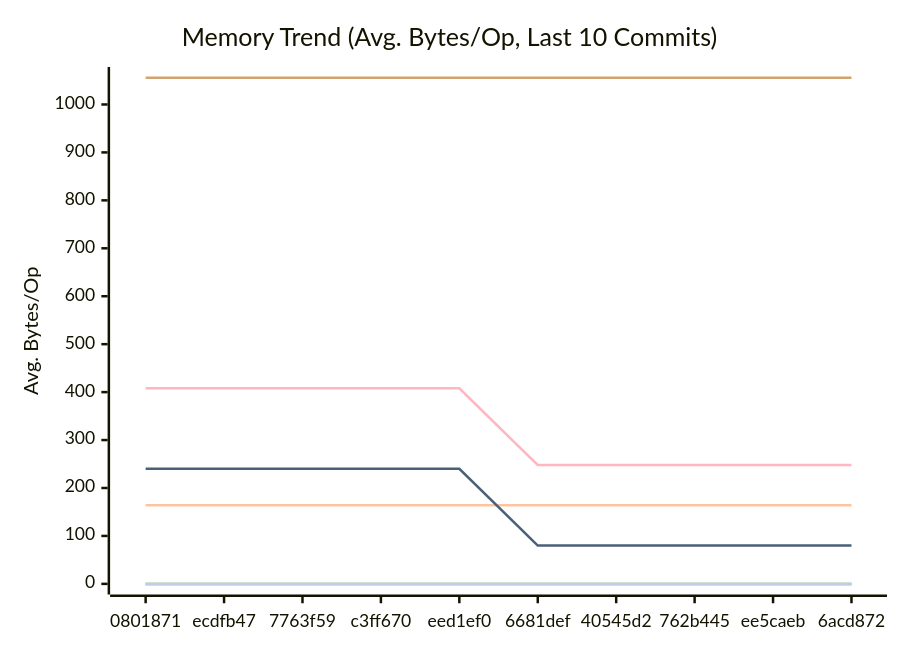
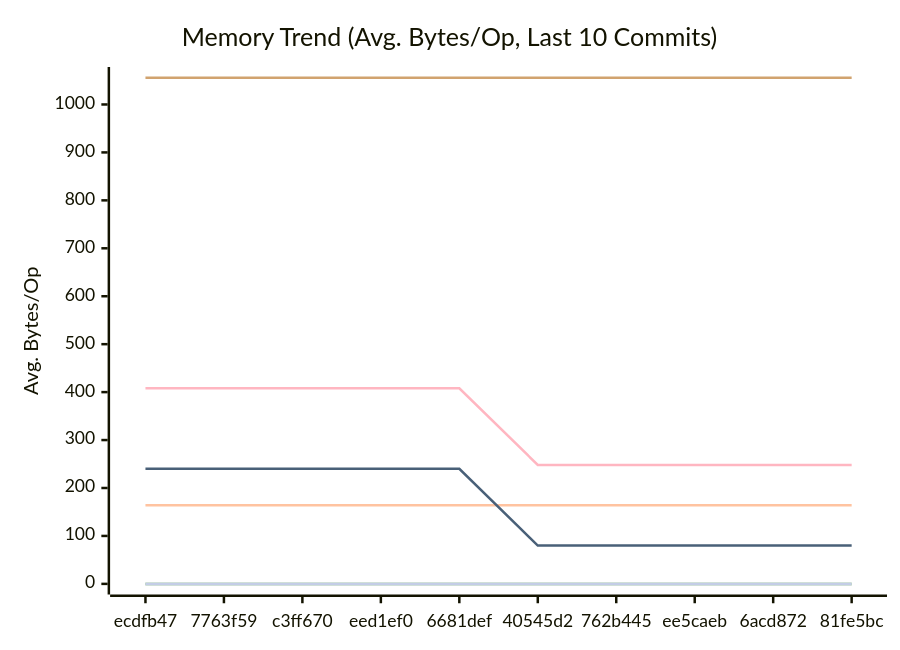
One commit to alsotoes/momo changed the second of 3 diagrams in docs/PERFORMANCE.md. Above: the diagram before and after it, drawn with Mermaid. The commit also changed other lines of this file and 1 other file, not shown here.

````diff
--- a/docs/PERFORMANCE.md
+++ b/docs/PERFORMANCE.md
@@ -97,16 +97,16 @@
 ```mermaid
 xychart-beta
     title "Memory Trend (Avg. Bytes/Op, Last 10 Commits)"
     x-axis "Commit"
     y-axis "Avg. Bytes/Op"
-    x-axis [0801871,ecdfb47,7763f59,c3ff670,eed1ef0,6681def,40545d2,762b445,ee5caeb,6acd872]
+    x-axis [ecdfb47,7763f59,c3ff670,eed1ef0,6681def,40545d2,762b445,ee5caeb,6acd872,81fe5bc]
     line "CheckMetricsAndSwap" [0,0,0,0,0,0,0,0,0,0]
     line "CrushOptimized" [0,0,0,0,0,0,0,0,0,0]
     line "CrushOriginal" [164,164,164,164,164,164,164,164,164,164]
     line "IndexDirectTracking" [0,0,0,0,0,0,0,0,0,0]
     line "IndexSearch" [0,0,0,0,0,0,0,0,0,0]
     line "LoadGlobalConfig" [1056,1056,1056,1056,1056,1056,1056,1056,1056,1056]
     line "PadString" [0,0,0,0,0,0,0,0,0,0]
     line "ParseReplicationOrder_NoPrealloc" [408,408,408,408,408,248,248,248,248,248]
     line "ParseReplicationOrder_Prealloc" [240,240,240,240,240,80,80,80,80,80]
 ```
````
